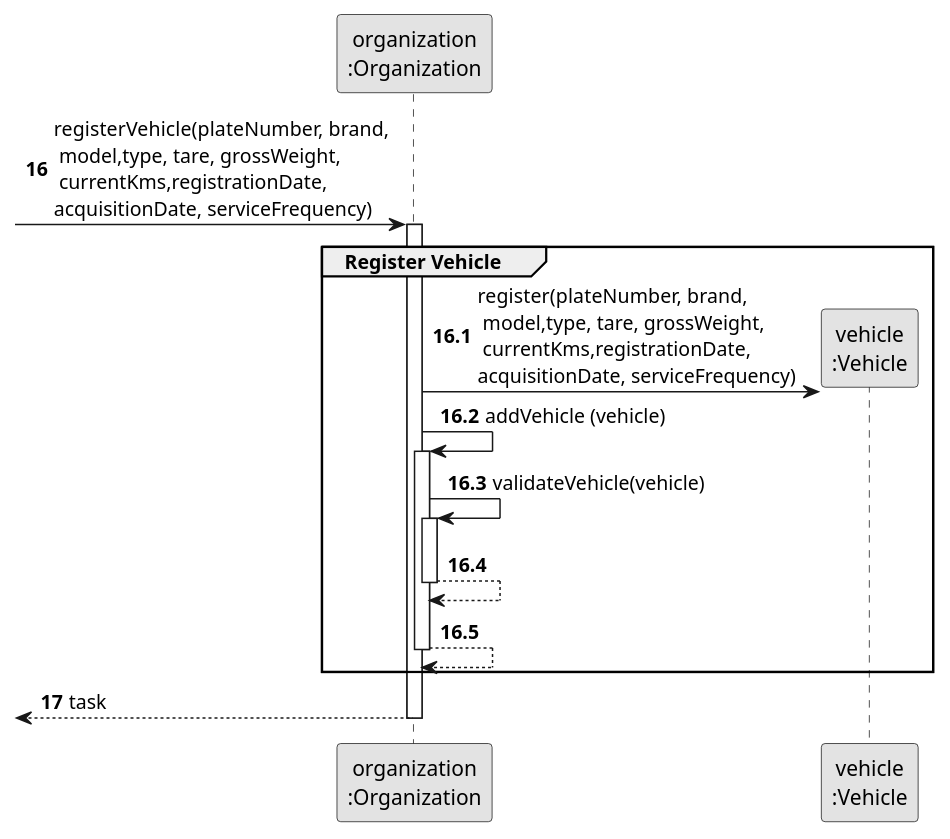
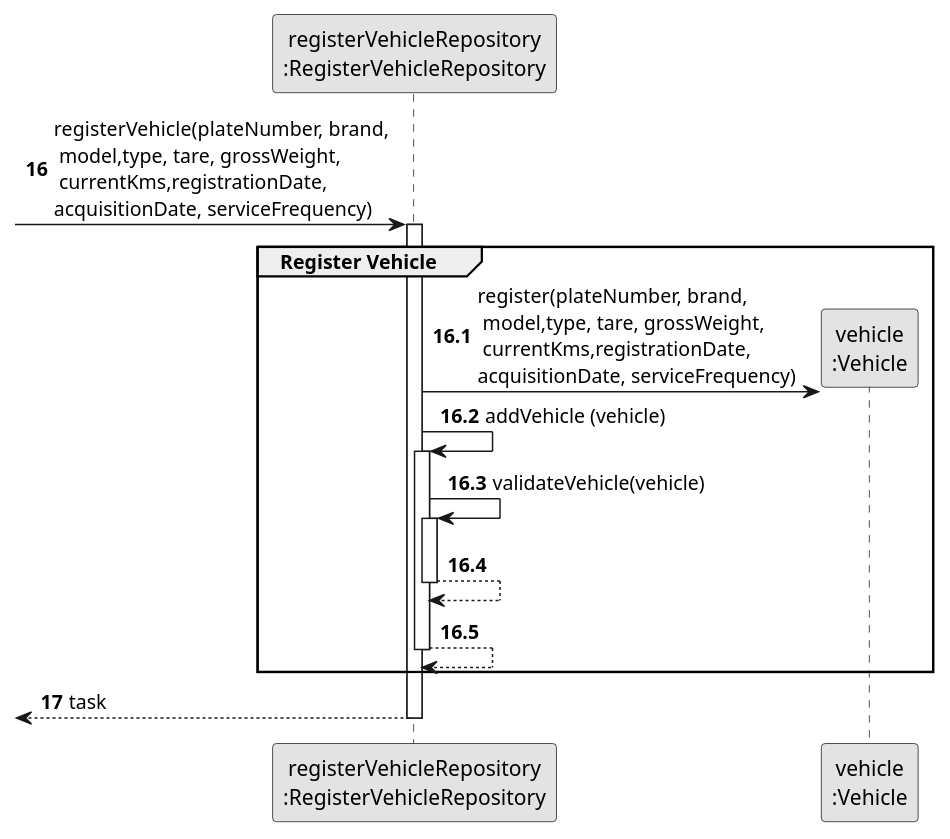
One commit to diogoveirospro/lei-24-s2-1dg-g072 changed the diagram in docs/sprintB/us006/03.design/puml/us006-sequence-diagram-partial-register-vehicle.puml. Above: the diagram before and after it, drawn with PlantUML. The commit also changed 3 other files, not shown here.

```diff
--- a/docs/sprintB/us006/03.design/puml/us006-sequence-diagram-partial-register-vehicle.puml
+++ b/docs/sprintB/us006/03.design/puml/us006-sequence-diagram-partial-register-vehicle.puml
@@ -1,34 +1,34 @@
 @startuml
 skinparam monochrome true
 skinparam packageStyle rectangle
 skinparam shadowing false
 
-participant "organization\n:Organization" as ORG
+participant "registerVehicleRepository\n:RegisterVehicleRepository" as ORG
 participant "vehicle\n:Vehicle" as VEHICLE
 
 autonumber 16
 -> ORG: registerVehicle(plateNumber, brand,\n model,type, tare, grossWeight,\n currentKms,registrationDate,\nacquisitionDate, serviceFrequency)
 
 autonumber 16.1
 activate ORG
     group Register Vehicle
 
         ORG -> VEHICLE**: register(plateNumber, brand,\n model,type, tare, grossWeight,\n currentKms,registrationDate,\nacquisitionDate, serviceFrequency)
         ORG -> ORG: addVehicle (vehicle)
 
         activate ORG
             ORG -> ORG: validateVehicle(vehicle)
             activate ORG
                 ORG --> ORG
             deactivate ORG
 
             ORG --> ORG
         deactivate ORG
     end
 
     autonumber 17
     <-- ORG : task
 deactivate ORG
 
 
 @enduml
```
